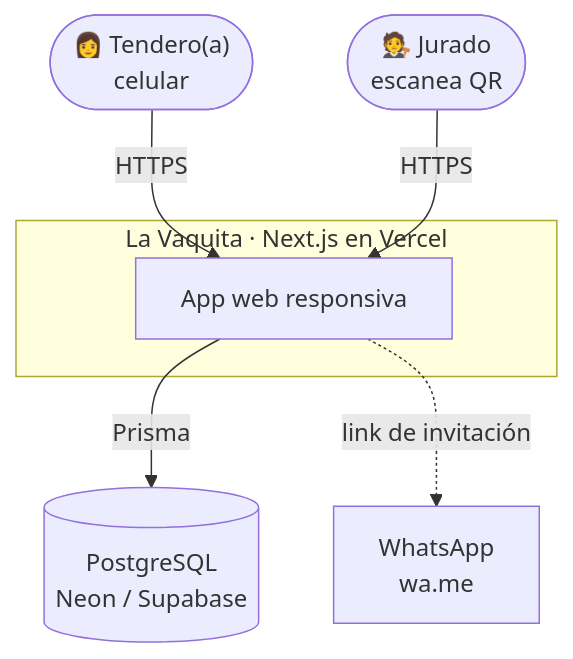
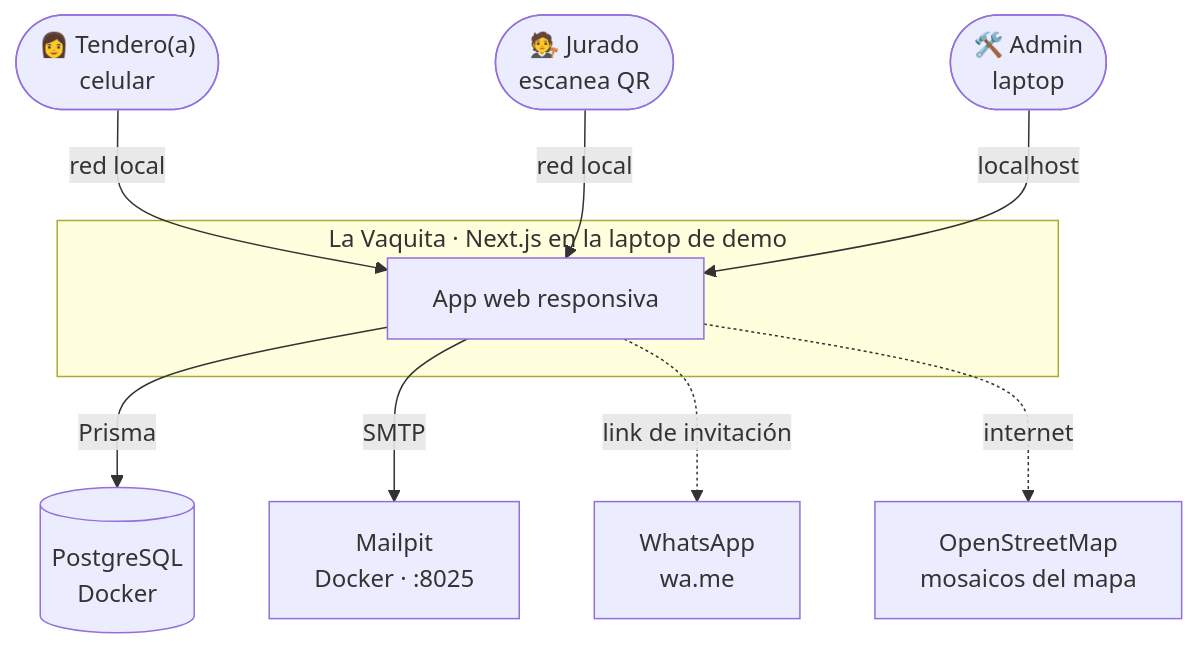
One commit to AlcortDev/Reyes-3---HackaPony changed the second of 13 diagrams in docs/SRS.md. Above: the diagram before and after it, drawn with Mermaid. The commit also changed other lines of this file and 3 other files, not shown here.

````diff
--- a/docs/SRS.md
+++ b/docs/SRS.md
@@ -241,15 +306,21 @@
 ```mermaid
 flowchart TB
     T(["👩 Tendero(a)<br/>celular"])
     J(["🧑‍⚖️ Jurado<br/>escanea QR"])
-    subgraph Sistema["La Vaquita · Next.js en Vercel"]
+    AD(["🛠️ Admin<br/>laptop"])
+    subgraph Sistema["La Vaquita · Next.js en la laptop de demo"]
         APP["App web responsiva"]
     end
-    DB[("PostgreSQL<br/>Neon / Supabase")]
+    DB[("PostgreSQL<br/>Docker")]
+    MP["Mailpit<br/>Docker · :8025"]
     WA["WhatsApp<br/>wa.me"]
+    OSM["OpenStreetMap<br/>mosaicos del mapa"]
 
-    T -->|"HTTPS"| APP
-    J -->|"HTTPS"| APP
+    T -->|"red local"| APP
+    J -->|"red local"| APP
+    AD -->|"localhost"| APP
     APP -->|"Prisma"| DB
+    APP -->|"SMTP"| MP
     APP -.->|"link de invitación"| WA
+    APP -.->|"internet"| OSM
 ```
````
